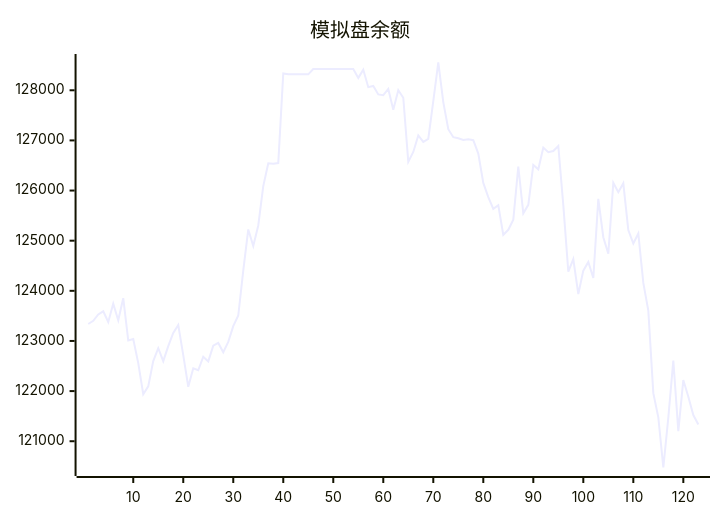
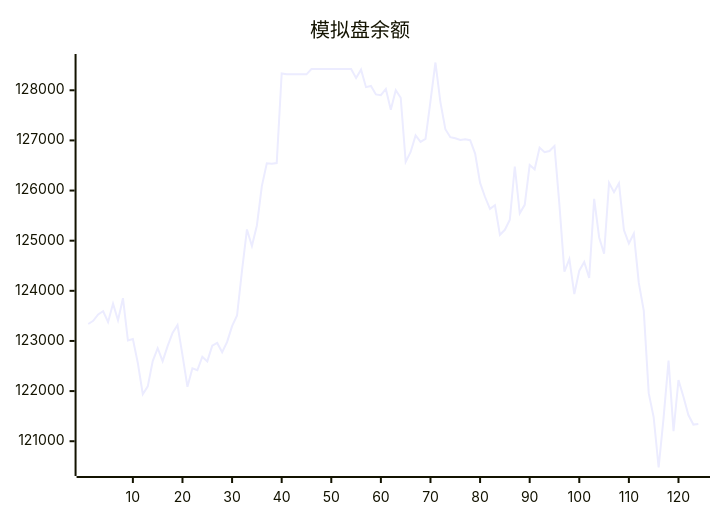
Before and after one commit to aahl/ai-trading: the diagram in README.md, drawn with Mermaid. The commit also changed other lines of this file and 1 other file, not shown here.

````diff
--- a/README.md
+++ b/README.md
@@ -5,5 +5,5 @@
 ```mermaid
 xychart
     title "模拟盘余额"
-    line [123338,123402,123530,123592,123378,123745,123413,123853,123009,123040,122557,121938,122095,122599,122856,122597,122898,123160,123319,122719,122087,122454,122416,122685,122592,122907,122961,122776,122981,123295,123507,124403,125224,124894,125303,126088,126544,126534,126549,128335,128318,128318,128318,128318,128318,128424,128424,128424,128424,128424,128424,128424,128424,128424,128247,128412,128062,128087,127917,127901,128026,127611,128000,127850,126572,126770,127100,126971,127029,127783,128554,127765,127224,127064,127044,127009,127025,127004,126738,126152,125871,125635,125707,125117,125217,125420,126480,125545,125715,126511,126424,126856,126764,126788,126890,125710,124381,124632,123936,124402,124574,124256,125833,125070,124739,126154,125966,126145,125213,124943,125143,124157,123604,121959,121476,120476,121470,122610,121201,122221,121889,121522,121332]
+    line [123338,123402,123530,123592,123378,123745,123413,123853,123009,123040,122557,121938,122095,122599,122856,122597,122898,123160,123319,122719,122087,122454,122416,122685,122592,122907,122961,122776,122981,123295,123507,124403,125224,124894,125303,126088,126544,126534,126549,128335,128318,128318,128318,128318,128318,128424,128424,128424,128424,128424,128424,128424,128424,128424,128247,128412,128062,128087,127917,127901,128026,127611,128000,127850,126572,126770,127100,126971,127029,127783,128554,127765,127224,127064,127044,127009,127025,127004,126738,126152,125871,125635,125707,125117,125217,125420,126480,125545,125715,126511,126424,126856,126764,126788,126890,125710,124381,124632,123936,124402,124574,124256,125833,125070,124739,126154,125966,126145,125213,124943,125143,124157,123604,121959,121476,120476,121470,122610,121201,122221,121889,121522,121332,121344]
 ```
````
